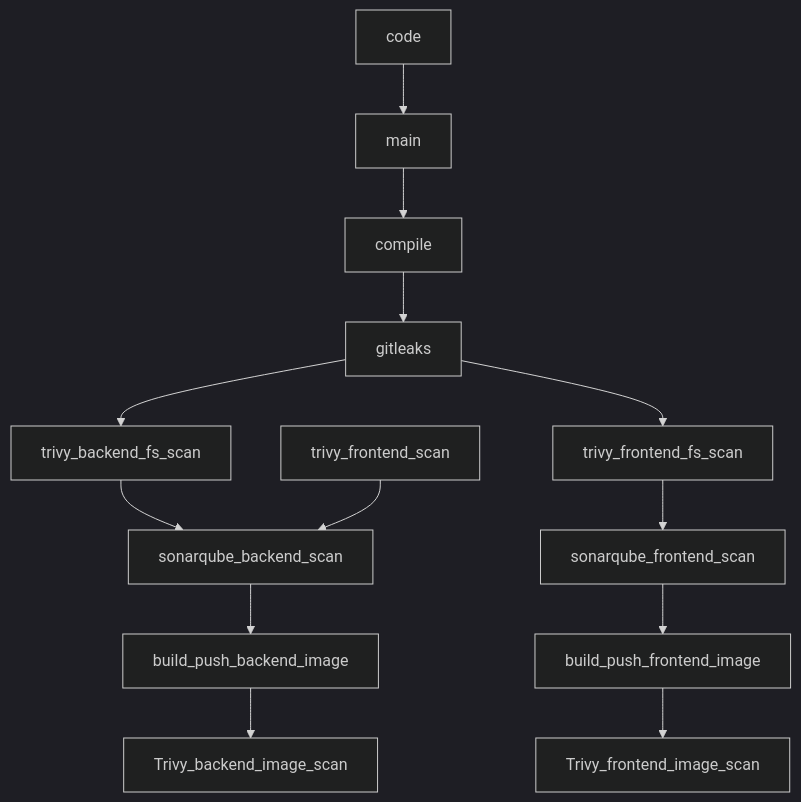
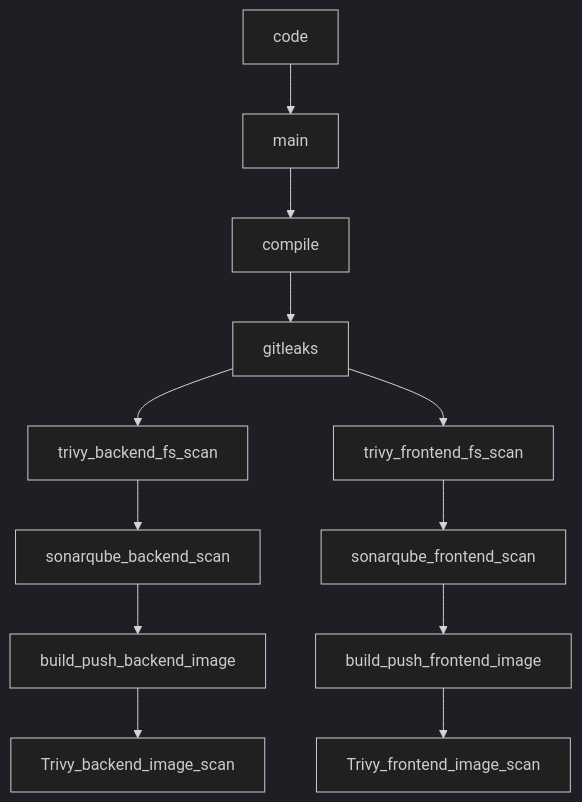
One commit to biswajit134/GitOps-School-Management-System changed the diagram in README.md. Above: the diagram before and after it, drawn with Mermaid (dark theme). The commit also changed other lines of this file, not shown here.

````diff
--- a/README.md
+++ b/README.md
@@ -417,15 +417,14 @@
 ```mermaid
 graph TD;
   code --> main;
   main --> compile;
   compile --> gitleaks;
   gitleaks --> trivy_backend_fs_scan;
   gitleaks --> trivy_frontend_fs_scan;
   trivy_backend_fs_scan --> sonarqube_backend_scan;
-  trivy_frontend_scan --> sonarqube_backend_scan;
   trivy_frontend_fs_scan --> sonarqube_frontend_scan;
   sonarqube_backend_scan --> build_push_backend_image;
   sonarqube_frontend_scan --> build_push_frontend_image;
   build_push_backend_image --> Trivy_backend_image_scan;
   build_push_frontend_image --> Trivy_frontend_image_scan;
 ```  
````
